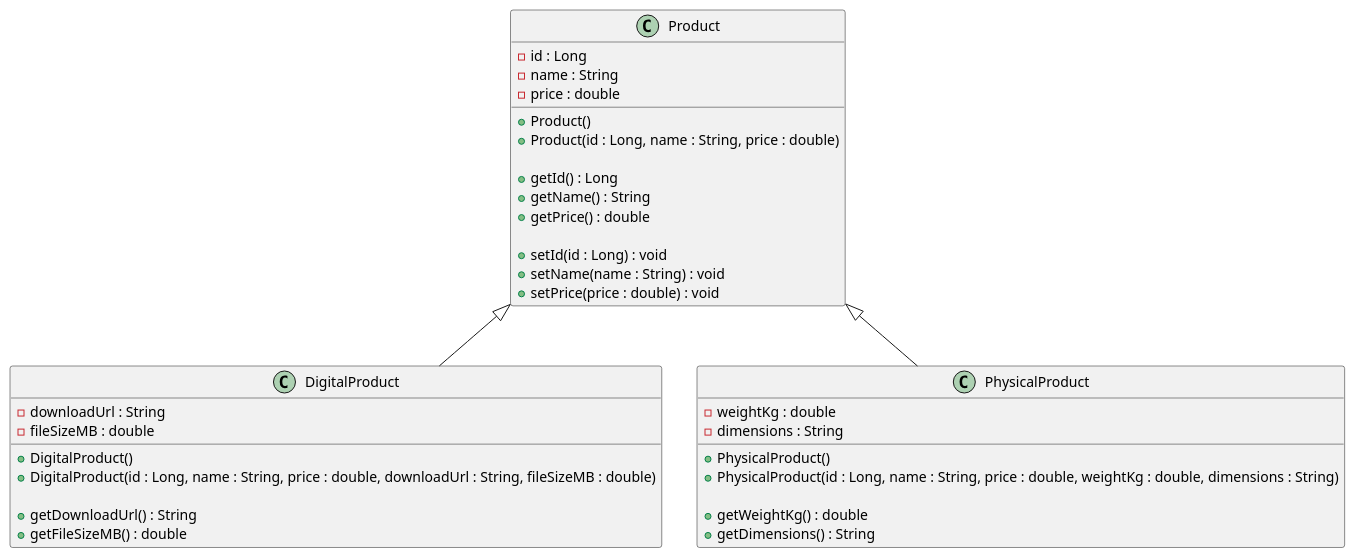
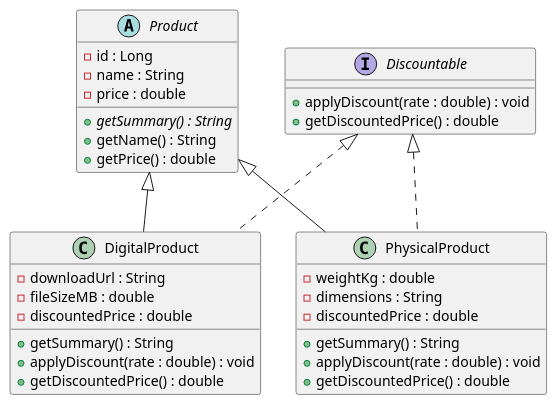
Before and after one commit to SiyonCooray/products-api-new: the diagram in docs/uml/product-hierarchy.puml, drawn with PlantUML. The commit also changed 6 other files, not shown here.

Commit message:
git commit -m "Tutorial 5: polymorphism — getSummary override and Discountable interface"

```diff
--- a/docs/uml/product-hierarchy.puml
+++ b/docs/uml/product-hierarchy.puml
@@ -2,45 +2,41 @@
 @startuml
 
-class Product {
-    - id : Long
-    - name : String
-    - price : double
+abstract class Product {
+  - id : Long
+  - name : String
+  - price : double
+  + {abstract} getSummary() : String
+  + getName() : String
+  + getPrice() : double
+}
 
-    + Product()
-    + Product(id : Long, name : String, price : double)
-
-    + getId() : Long
-    + getName() : String
-    + getPrice() : double
-
-    + setId(id : Long) : void
-    + setName(name : String) : void
-    + setPrice(price : double) : void
+interface Discountable {
+  + applyDiscount(rate : double) : void
+  + getDiscountedPrice() : double
 }
 
 class DigitalProduct {
-    - downloadUrl : String
-    - fileSizeMB : double
-
-    + DigitalProduct()
-    + DigitalProduct(id : Long, name : String, price : double, downloadUrl : String, fileSizeMB : double)
-
-    + getDownloadUrl() : String
-    + getFileSizeMB() : double
+  - downloadUrl : String
+  - fileSizeMB : double
+  - discountedPrice : double
+  + getSummary() : String
+  + applyDiscount(rate : double) : void
+  + getDiscountedPrice() : double
 }
 
 class PhysicalProduct {
-    - weightKg : double
-    - dimensions : String
-
-    + PhysicalProduct()
-    + PhysicalProduct(id : Long, name : String, price : double, weightKg : double, dimensions : String)
-
-    + getWeightKg() : double
-    + getDimensions() : String
+  - weightKg : double
+  - dimensions : String
+  - discountedPrice : double
+  + getSummary() : String
+  + applyDiscount(rate : double) : void
+  + getDiscountedPrice() : double
 }
 
 Product <|-- DigitalProduct
 Product <|-- PhysicalProduct
 
+Discountable <|.. DigitalProduct
+Discountable <|.. PhysicalProduct
+
 @enduml
```
